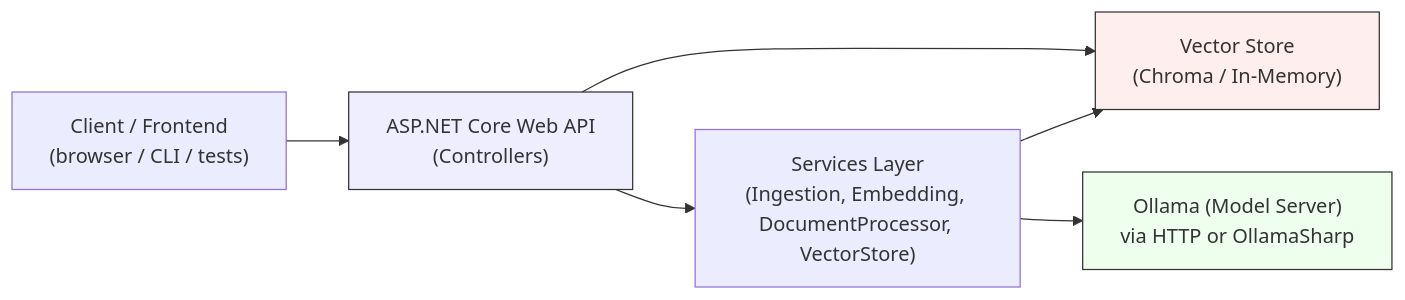
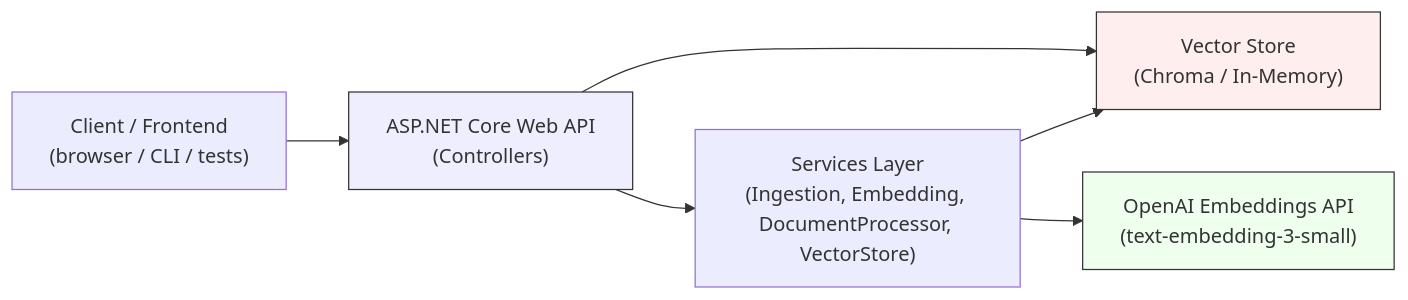
Before and after one commit to M-Sahin/OmgekeerdeStemWijzer.Api: the diagram in assets/architecture.mmd, drawn with Mermaid. The commit also changed 36 other files, not shown here.

Commit message:
Replaced Ollama with OpenAI EmbeddingService

```diff
--- a/assets/architecture.mmd
+++ b/assets/architecture.mmd
@@ -1,9 +1,9 @@
 flowchart LR
   Client["Client / Frontend\n(browser / CLI / tests)"] --> API["ASP.NET Core Web API\n(Controllers)"]
   API --> Vector["Vector Store\n(Chroma / In-Memory)"]
   API --> Services["Services Layer\n(Ingestion, Embedding, DocumentProcessor, VectorStore)"]
-  Services --> Ollama["Ollama (Model Server)\nvia HTTP or OllamaSharp"]
+  Services --> OpenAI["OpenAI Embeddings API\n(text-embedding-3-small)"]
   Services --> Vector
   style API fill:#eef,stroke:#333,stroke-width:1px
-  style Ollama fill:#efe,stroke:#333,stroke-width:1px
+  style OpenAI fill:#efe,stroke:#333,stroke-width:1px
   style Vector fill:#fee,stroke:#333,stroke-width:1px
```
